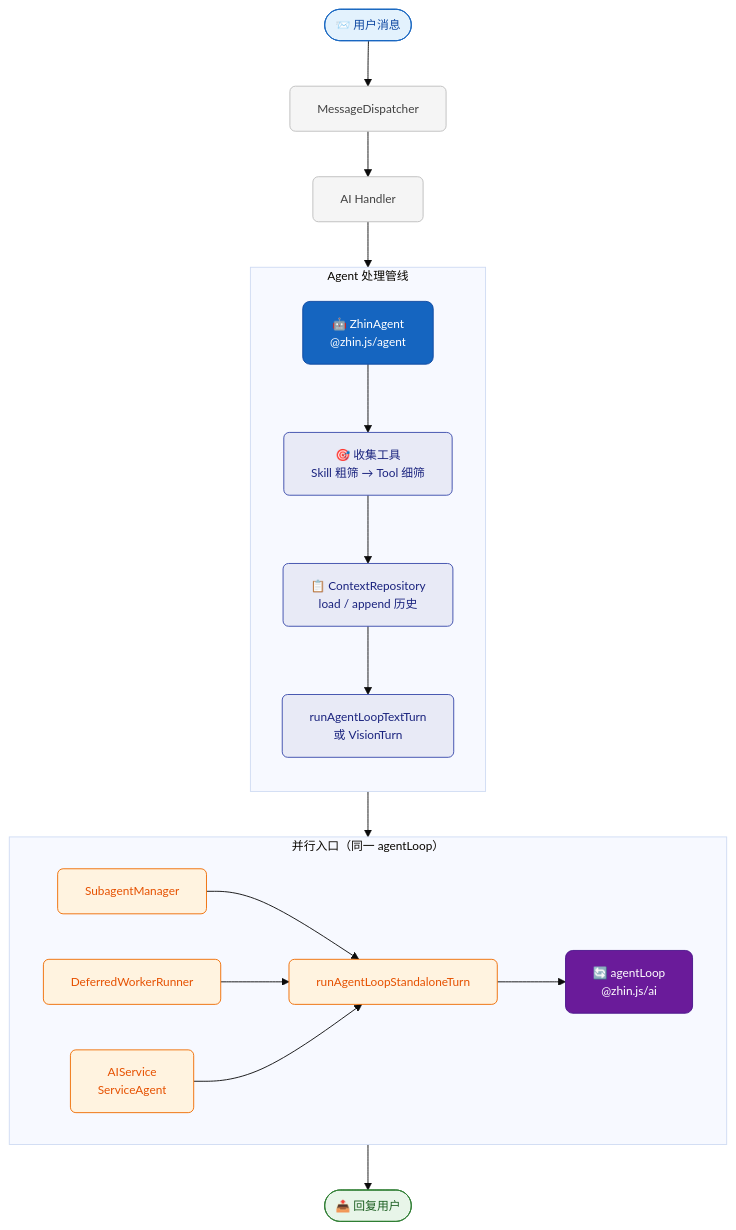
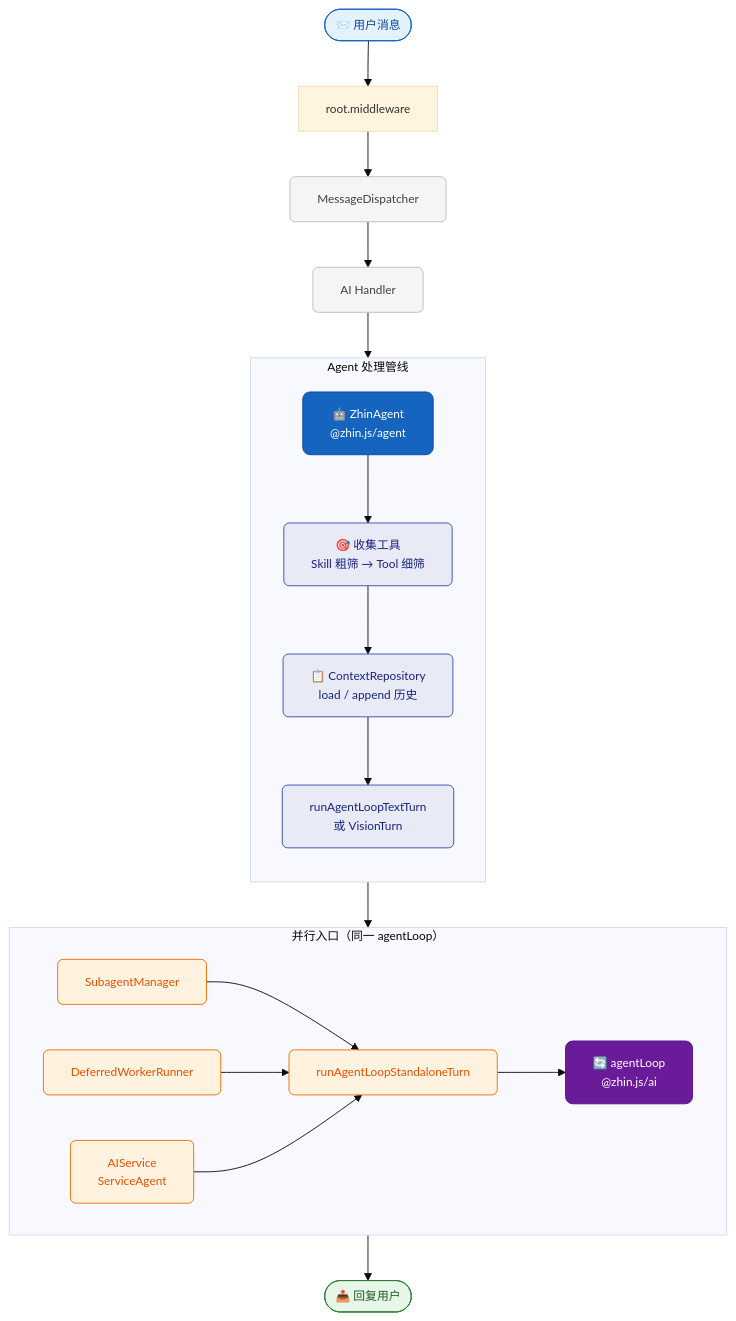
Before and after one commit to zhinjs/zhin: the diagram in docs/advanced/ai.md, drawn with Mermaid. The commit also changed other lines of this file and 293 other files, not shown here.

````diff
--- a/docs/advanced/ai.md
+++ b/docs/advanced/ai.md
@@ -62,42 +62,43 @@
 ```mermaid
 %%{init: {'theme': 'base', 'themeVariables': { 'fontSize': '13px' }}}%%
 flowchart TD
-  A([" 📨 用户消息 "]) --> B["MessageDispatcher"]
+  A([" 📨 用户消息 "]) --> MW["root.middleware"]
+  MW --> B["MessageDispatcher"]
   B --> C["AI Handler"]
   C --> D["🤖 ZhinAgent\n@zhin.js/agent"]
 
   subgraph pipeline [" Agent 处理管线 "]
     direction TB
     D --> E["🎯 收集工具\nSkill 粗筛 → Tool 细筛"]
     E --> F["📋 ContextRepository\nload / append 历史"]
     F --> G["runAgentLoopTextTurn\n或 VisionTurn"]
   end
 
   G --> AL["🔄 agentLoop\n@zhin.js/ai"]
 
   subgraph parallel [" 并行入口（同一 agentLoop）"]
     direction LR
     SA["SubagentManager"] --> ST["runAgentLoopStandaloneTurn"]
     DW["DeferredWorkerRunner"] --> ST
     SV["AIService\nServiceAgent"] --> ST
     ST --> AL
   end
 
   AL --> H(["📤 回复用户"])
 
   classDef input fill:#e3f2fd,stroke:#1565c0,color:#0d47a1,rx:20
   classDef output fill:#e8f5e9,stroke:#2e7d32,color:#1b5e20,rx:20
   classDef agent fill:#1565c0,stroke:#0d47a1,color:#fff,rx:8
   classDef engine fill:#6a1b9a,stroke:#4a148c,color:#fff,rx:8
   classDef step fill:#e8eaf6,stroke:#3949ab,color:#1a237e,rx:6
   classDef normal fill:#f5f5f5,stroke:#bdbdbd,color:#424242,rx:6
   classDef side fill:#fff3e0,stroke:#ef6c00,color:#e65100,rx:6
 
   class A input
   class H output
   class D agent
   class AL engine
   class E,F,G step
   class B,C normal
   class SA,DW,SV,ST side
 ```
````
